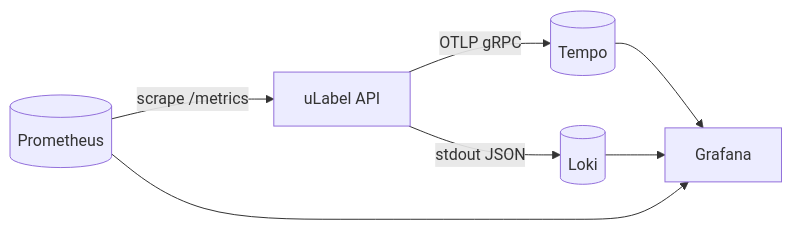
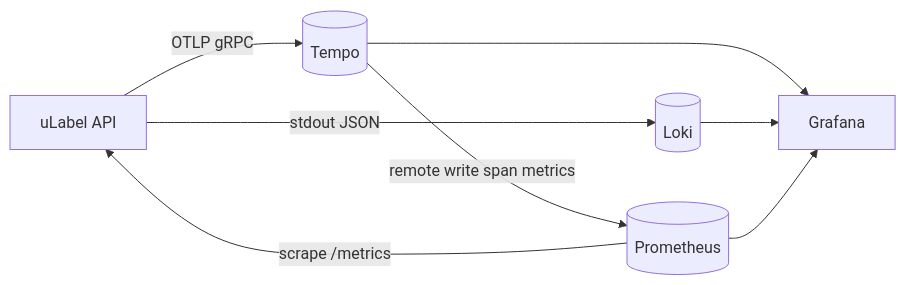
One commit to pablo-campillo/ulabel changed the first of 4 diagrams in backend/docs/explanation/observability.md. Above: the diagram before and after it, drawn with Mermaid. The commit also changed other lines of this file and 7 other files, not shown here.

````diff
--- a/backend/docs/explanation/observability.md
+++ b/backend/docs/explanation/observability.md
@@ -7,9 +7,10 @@
 ```mermaid
 graph LR
     App[uLabel API] -->|OTLP gRPC| Tempo[(Tempo)]
     App -->|stdout JSON| Loki[(Loki)]
     Prometheus[(Prometheus)] -->|scrape /metrics| App
+    Tempo -->|remote write span metrics| Prometheus
     Tempo --> Grafana[Grafana]
     Loki --> Grafana
     Prometheus --> Grafana
 ```
````
